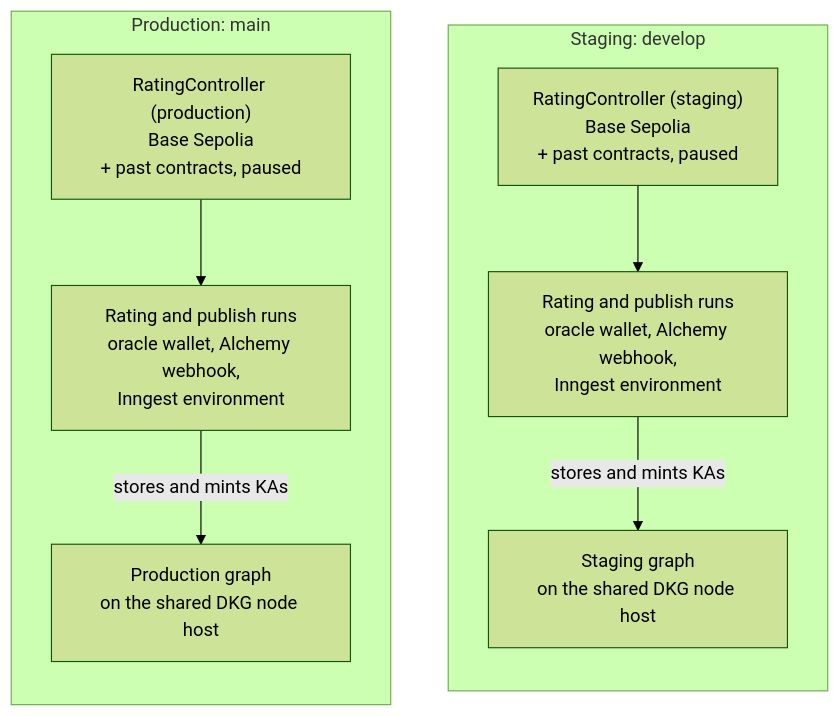
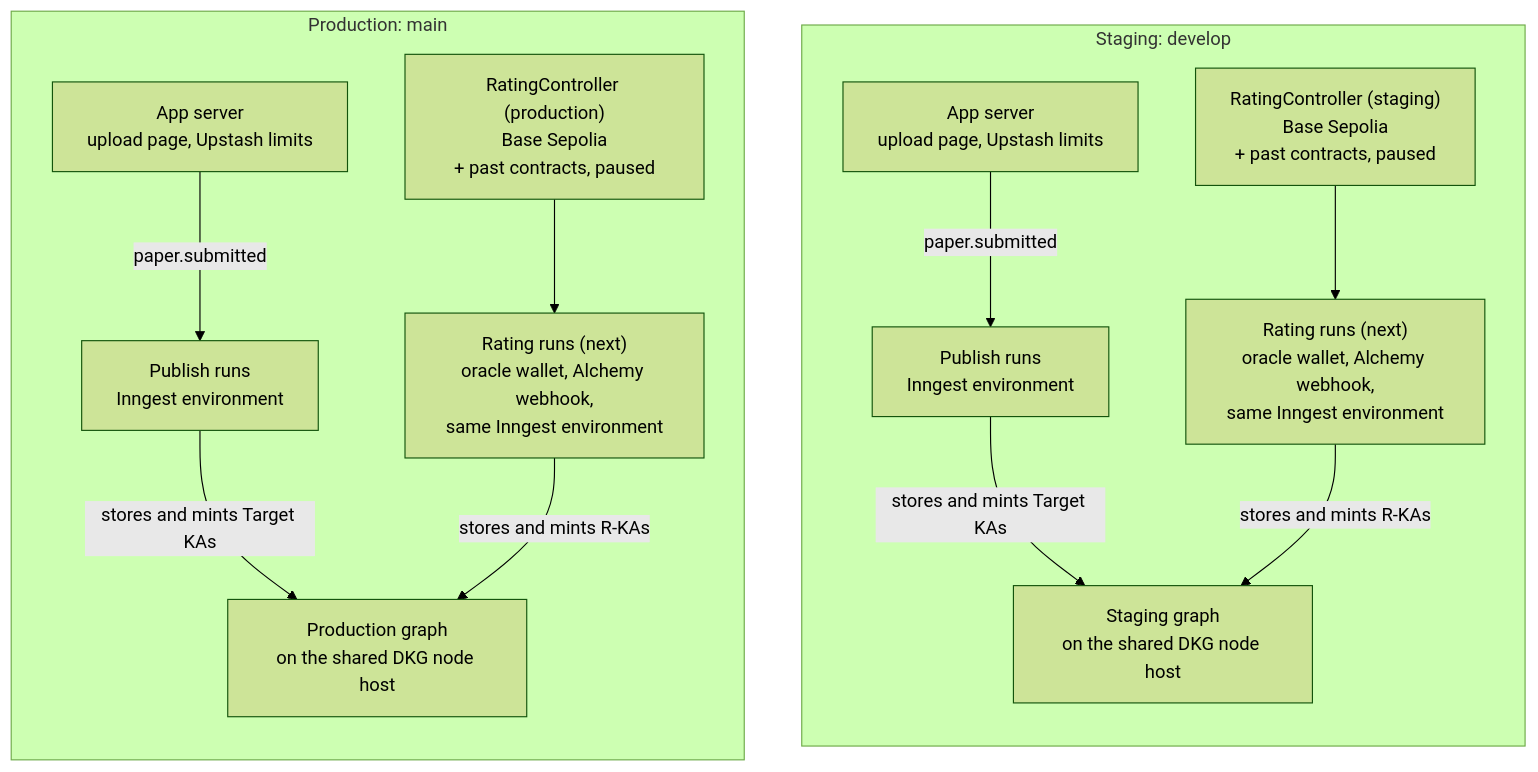
One commit to SiegfriedBz/verisci changed the first of 3 diagrams in README.md. Above: the diagram before and after it, drawn with Mermaid (forest theme). The commit also changed other lines of this file and 103 other files, not shown here.

First line of the commit message:
feat(web): add the upload page and the site to publish and verify papers (#24)

````diff
--- a/README.md
+++ b/README.md
@@ -76,17 +97,23 @@
 ```mermaid
 flowchart TB
   subgraph staging["Staging: develop"]
     direction TB
+    sa["App server<br/>upload page, Upstash limits"]
+    sp["Publish runs<br/>Inngest environment"]
     sc["RatingController (staging)<br/>Base Sepolia<br/>+ past contracts, paused"]
-    sr["Rating and publish runs<br/>oracle wallet, Alchemy webhook,<br/>Inngest environment"]
+    sr["Rating runs (next)<br/>oracle wallet, Alchemy webhook,<br/>same Inngest environment"]
     sg["Staging graph<br/>on the shared DKG node host"]
-    sc --> sr -->|"stores and mints KAs"| sg
+    sa -->|"paper.submitted"| sp -->|"stores and mints Target KAs"| sg
+    sc --> sr -->|"stores and mints R-KAs"| sg
   end
   subgraph production["Production: main"]
     direction TB
+    pa["App server<br/>upload page, Upstash limits"]
+    pp["Publish runs<br/>Inngest environment"]
     pc["RatingController (production)<br/>Base Sepolia<br/>+ past contracts, paused"]
-    pr["Rating and publish runs<br/>oracle wallet, Alchemy webhook,<br/>Inngest environment"]
+    pr["Rating runs (next)<br/>oracle wallet, Alchemy webhook,<br/>same Inngest environment"]
     pg["Production graph<br/>on the shared DKG node host"]
-    pc --> pr -->|"stores and mints KAs"| pg
+    pa -->|"paper.submitted"| pp -->|"stores and mints Target KAs"| pg
+    pc --> pr -->|"stores and mints R-KAs"| pg
   end
 ```
````
